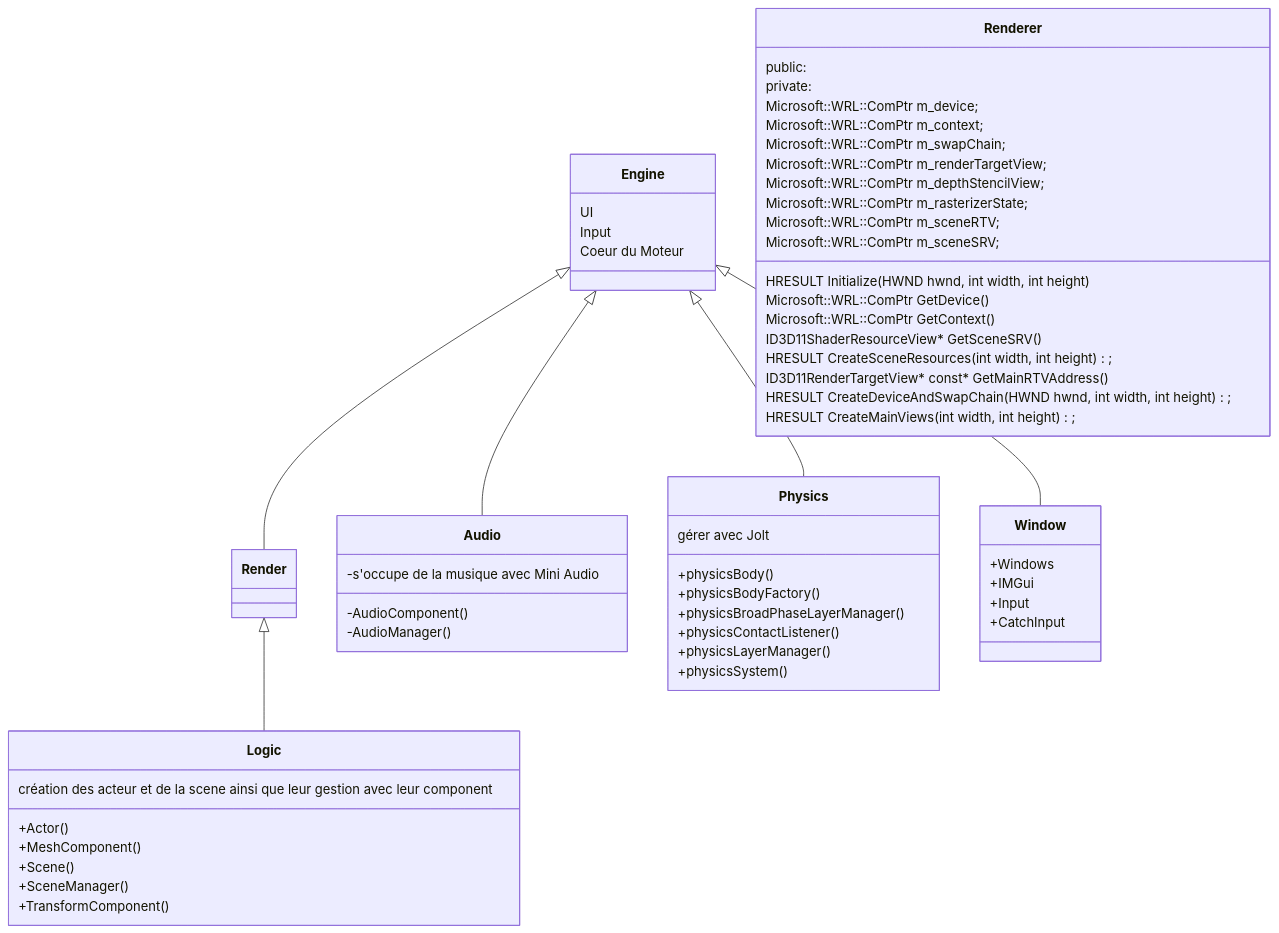
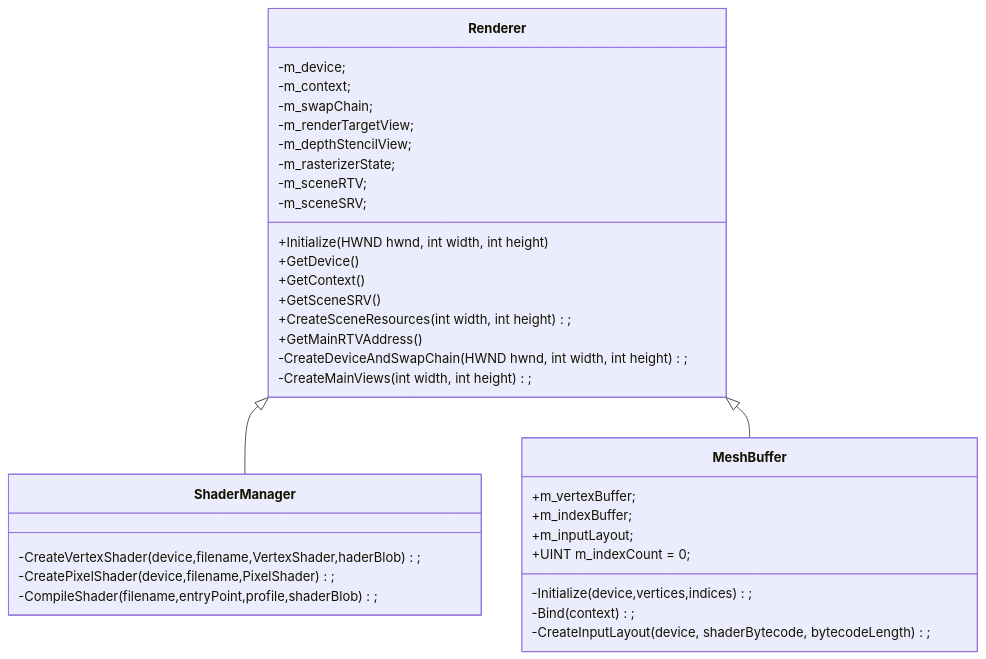
The third of 4 diagrams in README.md (GamingCampus-MillieBourgois-25-26/moteur-3d-potato-engine), drawn with Mermaid before and after one commit. The commit also changed other lines of this file, not shown here.

Commit message:
Update class diagram and add new sections

````diff
--- a/README.md
+++ b/README.md
@@ -139,65 +141,47 @@
 ```mermaid
 classDiagram
-    Engine <|-- Render
-    Engine <|-- Audio
-    Engine <|-- Physics
-    Engine <|-- Window
-    Render <|-- Logic
-    Engine : UI
-    Engine : Input
-    Engine: Coeur du Moteur
+    Renderer <|-- ShaderManager
+    Renderer <|-- MeshBuffer
     class Renderer{
-public:
-      HRESULT Initialize(HWND hwnd, int width, int height)
-      Microsoft::WRL::ComPtr<ID3D11Device> GetDevice()
-      Microsoft::WRL::ComPtr<ID3D11DeviceContext> GetContext()
-      ID3D11ShaderResourceView* GetSceneSRV()
-      HRESULT CreateSceneResources(int width, int height);
-      ID3D11RenderTargetView* const* GetMainRTVAddress()
-   private:
-      HRESULT CreateDeviceAndSwapChain(HWND hwnd, int width, int height);
-      HRESULT CreateMainViews(int width, int height);
+
+      +Initialize(HWND hwnd, int width, int height)
+      +GetDevice()
+      +GetContext()
+      +GetSceneSRV()
+      +CreateSceneResources(int width, int height);
+      +GetMainRTVAddress()
+
+      -CreateDeviceAndSwapChain(HWND hwnd, int width, int height);
+      -CreateMainViews(int width, int height);
 
 
-      Microsoft::WRL::ComPtr<ID3D11Device>           m_device;
-      Microsoft::WRL::ComPtr<ID3D11DeviceContext>    m_context;
-      Microsoft::WRL::ComPtr<IDXGISwapChain>         m_swapChain;
-      Microsoft::WRL::ComPtr<ID3D11RenderTargetView> m_renderTargetView;
-      Microsoft::WRL::ComPtr<ID3D11DepthStencilView> m_depthStencilView;
-      Microsoft::WRL::ComPtr<ID3D11RasterizerState>  m_rasterizerState;
+      -m_device;
+      -m_context;
+      -m_swapChain;
+      -m_renderTargetView;
+      -m_depthStencilView;
+      -m_rasterizerState;
 
 
-      Microsoft::WRL::ComPtr<ID3D11RenderTargetView> m_sceneRTV;
-      Microsoft::WRL::ComPtr<ID3D11ShaderResourceView> m_sceneSRV; 
+      -m_sceneRTV;
+      -m_sceneSRV; 
 
       
     }
-    class Audio{
-      -s'occupe de la musique avec Mini Audio
-      -AudioComponent()
-      -AudioManager()
+    class ShaderManager{
+      -CreateVertexShader(device,filename,VertexShader,haderBlob);
+-CreatePixelShader(device,filename,PixelShader);
+-CompileShader(filename,entryPoint,profile,shaderBlob);
     }
-    class Physics{
-      gérer avec Jolt
-      +physicsBody()
-      +physicsBodyFactory()
-      +physicsBroadPhaseLayerManager()
-      +physicsContactListener()
-      +physicsLayerManager()
-      +physicsSystem()
-    }
-    class Window{
-      +Windows
-      +IMGui
-      +Input
-      +CatchInput
-    }
-    class Logic{
-      création des acteur et de la scene ainsi que leur gestion avec leur component
-      +Actor()
-      +MeshComponent()
-      +Scene()
-      +SceneManager()
-      +TransformComponent()
-    }
+   class MeshBuffer{
+   -Initialize(device,vertices,indices);
+ -Bind(context);
+ -CreateInputLayout(device, shaderBytecode, bytecodeLength);
+
++m_vertexBuffer;
++m_indexBuffer;
++m_inputLayout;
++UINT m_indexCount = 0;
+}
+
 ```
````
